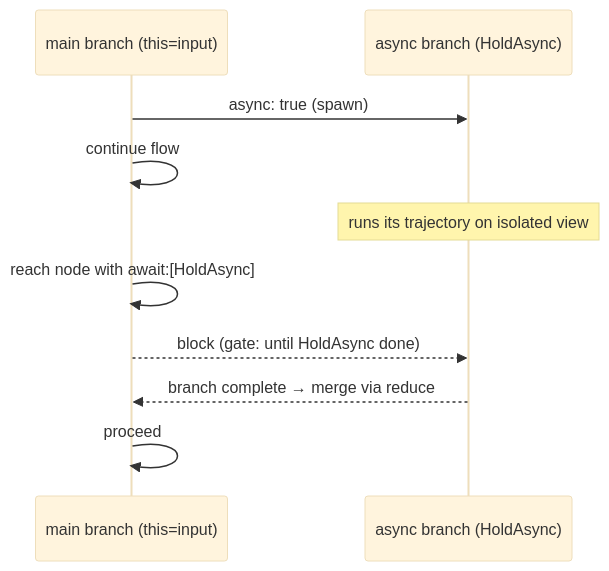
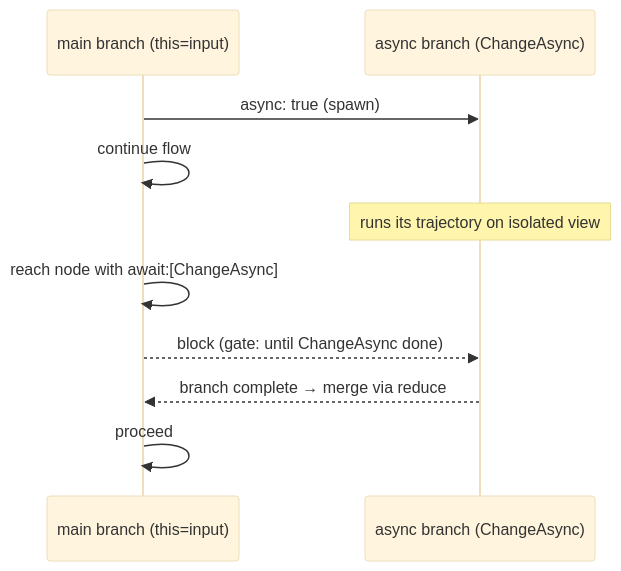
One commit to akh00/AFlow changed the fifth of 6 diagrams in docs/aflow-workflow-spec.md. Above: the diagram before and after it, drawn with Mermaid (base theme). The commit also changed other lines of this file, not shown here.

````diff
--- a/docs/aflow-workflow-spec.md
+++ b/docs/aflow-workflow-spec.md
@@ -376,12 +393,12 @@
 ```mermaid
 sequenceDiagram
     participant M as main branch (this=input)
-    participant H as async branch (HoldAsync)
+    participant H as async branch (ChangeAsync)
     M->>H: async: true (spawn)
     M->>M: continue flow
     Note over H: runs its trajectory on isolated view
-    M->>M: reach node with await:[HoldAsync]
-    M-->>H: block (gate: until HoldAsync done)
+    M->>M: reach node with await:[ChangeAsync]
+    M-->>H: block (gate: until ChangeAsync done)
     H-->>M: branch complete → merge via reduce
     M->>M: proceed
 ```
````
